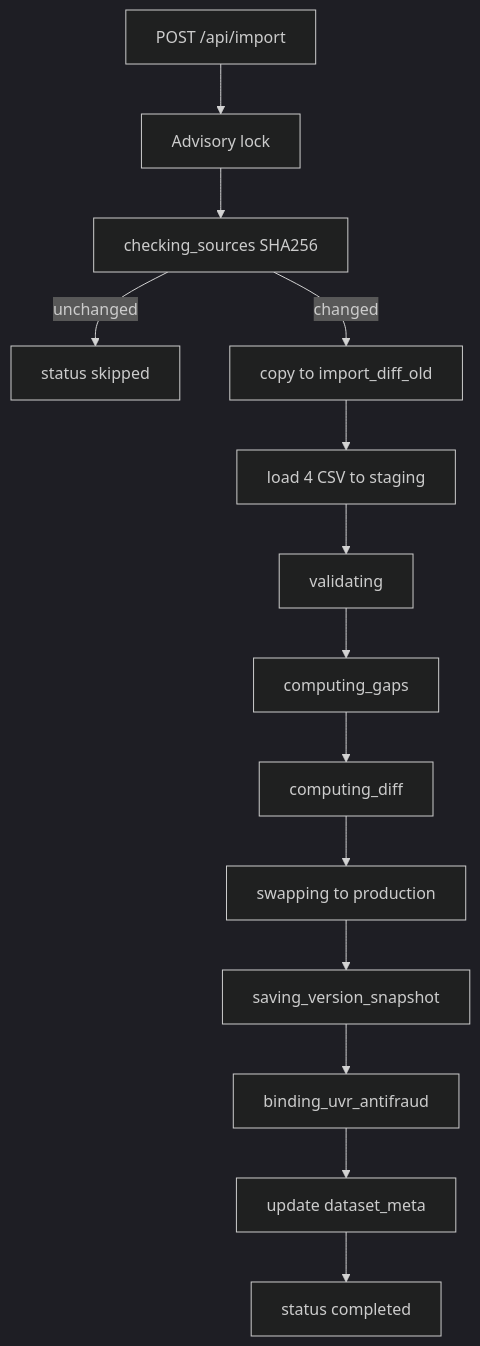
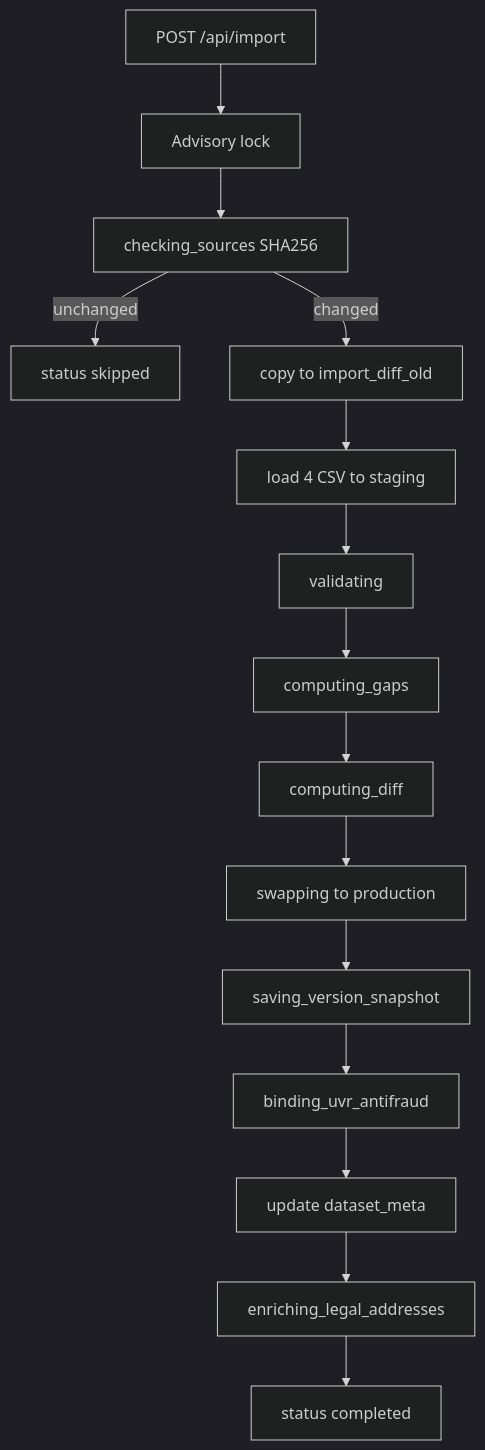
One commit to finenumbers/pstn changed the second of 2 diagrams in docs/import-and-datasets.md. Above: the diagram before and after it, drawn with Mermaid (dark theme). The commit also changed other lines of this file and 38 other files, not shown here.

Commit message:
Fill legal addresses from DaData by unique INN and link them to Yandex Maps (v0.3.42).

````diff
--- a/docs/import-and-datasets.md
+++ b/docs/import-and-datasets.md
@@ -73,16 +73,17 @@
 ```mermaid
 flowchart TD
   start[POST /api/import] --> lock[Advisory lock]
   lock --> hash[checking_sources SHA256]
   hash -->|unchanged| skip[status skipped]
   hash -->|changed| copy[copy to import_diff_old]
   copy --> load[load 4 CSV to staging]
   load --> val[validating]
   val --> gaps[computing_gaps]
   gaps --> diff[computing_diff]
   diff --> swap[swapping to production]
   swap --> snap[saving_version_snapshot]
   snap --> uvr[binding_uvr_antifraud]
   uvr --> meta[update dataset_meta]
-  meta --> done[status completed]
+  meta --> addr[enriching_legal_addresses]
+  addr --> done[status completed]
 ```
````
